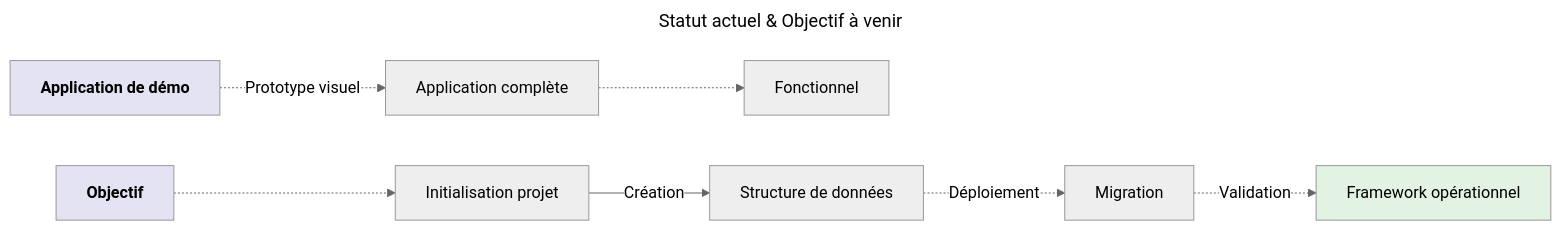
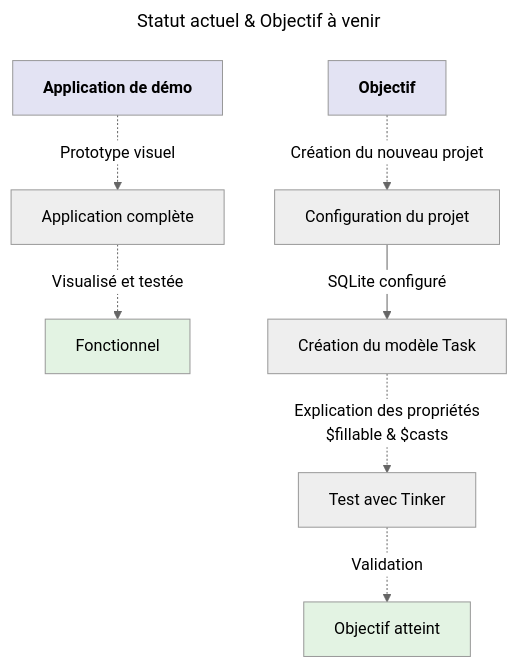
One commit to zyrass/omnyforge changed the first of 6 diagrams in docs/dev-cloud/stacks/tall/todolist/fondations.mdx. Above: the diagram before and after it, drawn with Mermaid. The commit also changed other lines of this file, not shown here.

````diff
--- a/docs/dev-cloud/stacks/tall/todolist/fondations.mdx
+++ b/docs/dev-cloud/stacks/tall/todolist/fondations.mdx
@@ -10,14 +10,15 @@
 ```mermaid
 ---
 title: Statut actuel & Objectif à venir
 config:
     theme: 'neutral'
 ---
-graph LR
-    A[<b>Application de démo</b>] -.-> |Prototype visuel| B["Application complète"] -.-> Fonctionnel
-    C[<b>Objectif</b>] -.->D[Initialisation projet] --> |Création| E[Structure de données] -.->|Déploiement| F[Migration] -.->|Validation| G[Framework opérationnel]
+graph TB
+    A[<b>Application de démo</b>] -.-> |Prototype visuel| B["Application complète"] -.->|Visualisé et testée| Fonctionnel
+    C[<b>Objectif</b>] -.->|Création du nouveau projet| D[Configuration du projet] --> |SQLite configuré| E[Création du modèle Task] -.->|Explication des propriétés<br />$fillable & $casts| F[Test avec Tinker] -.->|Validation| G[Objectif atteint]
 
     style A fill:#e3e3f3
+    style Fonctionnel fill:#e3f3e3
     style C fill:#e3e3f3
     style G fill:#e3f3e3
 ```
````
